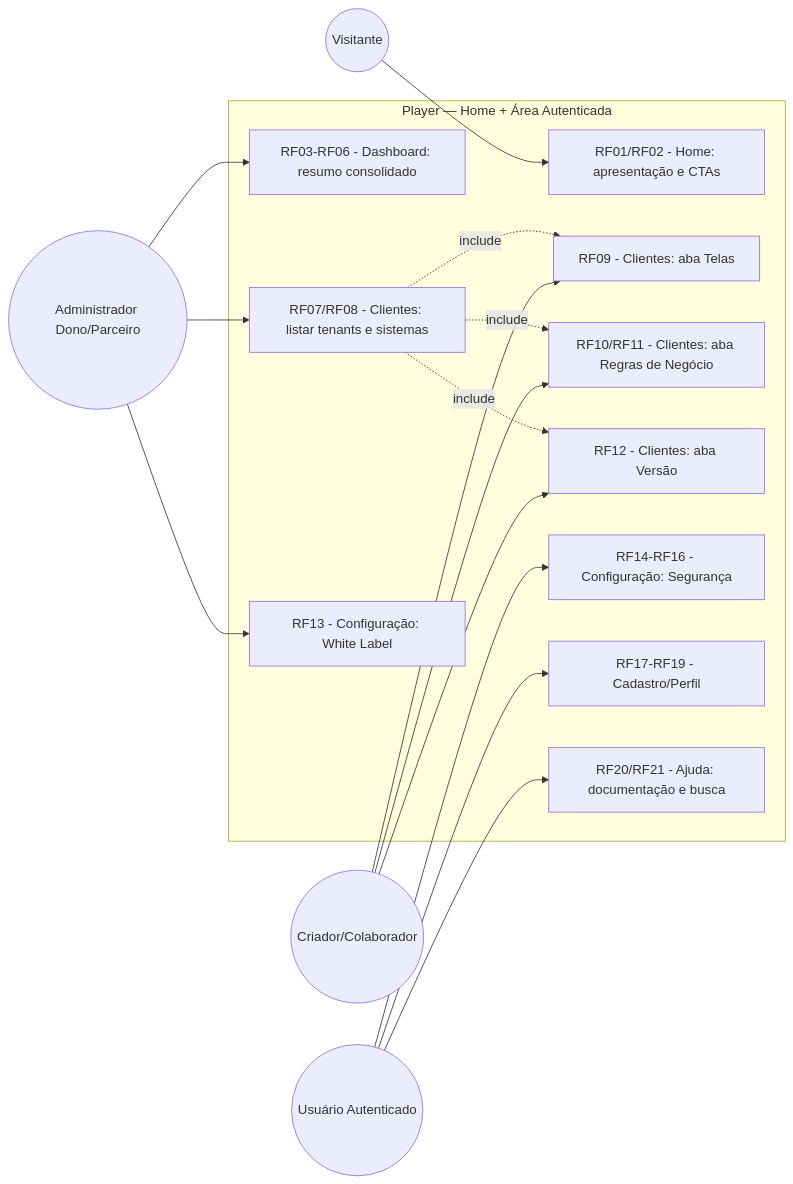
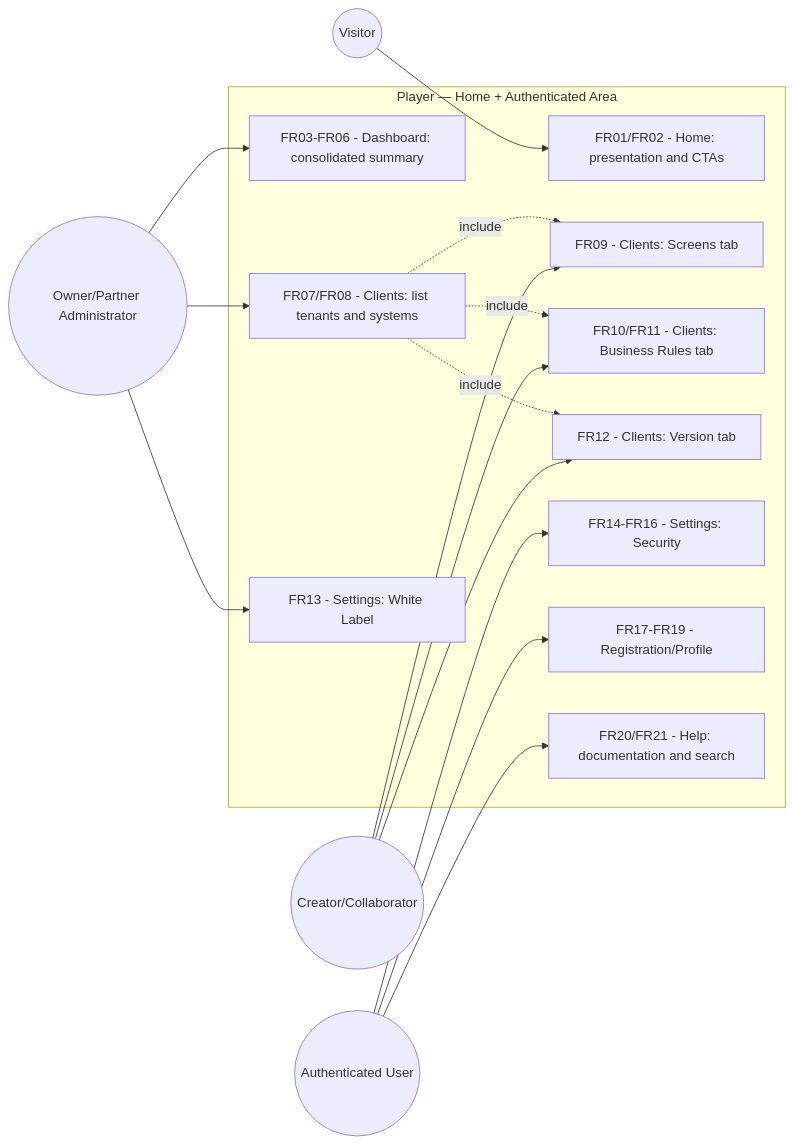
Before and after one commit to GiovaniRodrigo/arquitetura-mach-saas-nocode: the first of 5 diagrams in specs/004-reestruturacao-ia-navegacao/spec.md, drawn with Mermaid. The commit also changed other lines of this file and 86 other files, not shown here.

````diff
--- a/specs/004-reestruturacao-ia-navegacao/spec.md
+++ b/specs/004-reestruturacao-ia-navegacao/spec.md
@@ -148,34 +148,34 @@
 ```mermaid
 flowchart LR
-  visitante((Visitante))
-  usuario((Usuário Autenticado))
-  admin((Administrador Dono/Parceiro))
-  criador((Criador/Colaborador))
+  visitante((Visitor))
+  usuario((Authenticated User))
+  admin((Owner/Partner Administrator))
+  criador((Creator/Collaborator))
 
-  subgraph sistema["Player — Home + Área Autenticada"]
-    UC1[RF01/RF02 - Home: apresentação e CTAs]
-    UC2[RF03-RF06 - Dashboard: resumo consolidado]
-    UC3[RF07/RF08 - Clientes: listar tenants e sistemas]
-    UC4[RF09 - Clientes: aba Telas]
-    UC5[RF10/RF11 - Clientes: aba Regras de Negócio]
-    UC6[RF12 - Clientes: aba Versão]
-    UC7[RF13 - Configuração: White Label]
-    UC8[RF14-RF16 - Configuração: Segurança]
-    UC9[RF17-RF19 - Cadastro/Perfil]
-    UC10[RF20/RF21 - Ajuda: documentação e busca]
+  subgraph sistema["Player — Home + Authenticated Area"]
+    UC1[FR01/FR02 - Home: presentation and CTAs]
+    UC2[FR03-FR06 - Dashboard: consolidated summary]
+    UC3[FR07/FR08 - Clients: list tenants and systems]
+    UC4[FR09 - Clients: Screens tab]
+    UC5[FR10/FR11 - Clients: Business Rules tab]
+    UC6[FR12 - Clients: Version tab]
+    UC7[FR13 - Settings: White Label]
+    UC8[FR14-FR16 - Settings: Security]
+    UC9[FR17-FR19 - Registration/Profile]
+    UC10[FR20/FR21 - Help: documentation and search]
   end
 
   visitante --> UC1
   admin --> UC2
   admin --> UC3
   UC3 -. include .-> UC4
   UC3 -. include .-> UC5
   UC3 -. include .-> UC6
   criador --> UC4
   criador --> UC5
   criador --> UC6
   admin --> UC7
   usuario --> UC8
   usuario --> UC9
   usuario --> UC10
 ```
````
